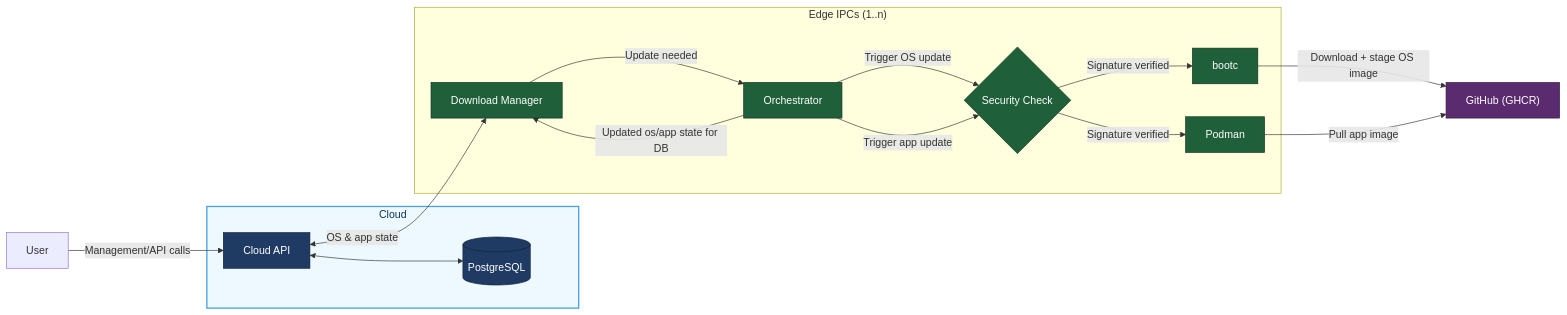
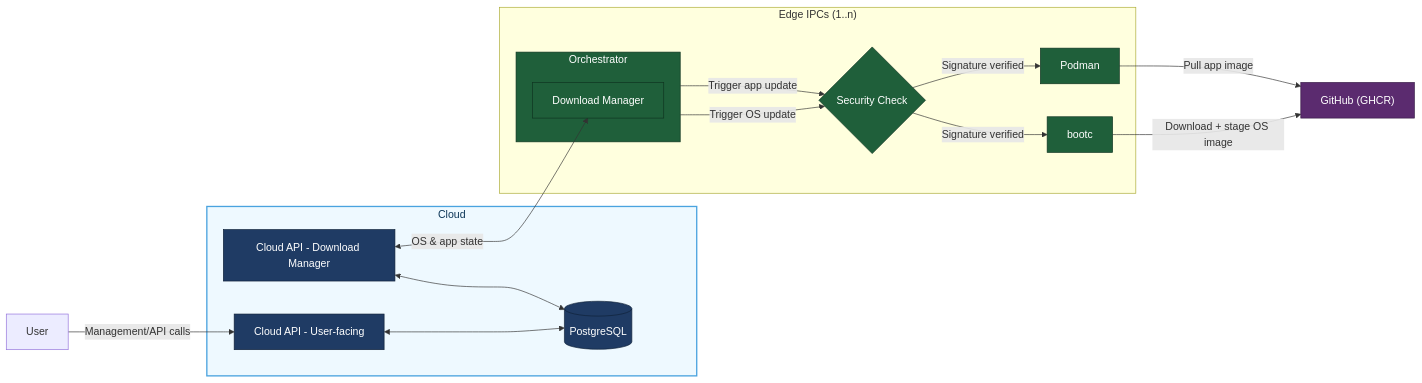
The diagram in Documentation/architecture.md (amosproj/amos2026ss01-zero-downtime-linux-updates), drawn with Mermaid before and after one commit. The commit also changed other lines of this file and 4 other files, not shown here.

````diff
--- a/Documentation/architecture.md
+++ b/Documentation/architecture.md
@@ -15,50 +15,51 @@
 ```mermaid
 flowchart LR
     %% Actors
     User[User]
 
     %% Cloud side
     subgraph Cloud[Cloud]
-        API[Cloud API]
+        API[Cloud API - User-facing]
+        DMAPI[Cloud API - Download Manager]
         DB[(PostgreSQL)]
         API <--> DB
+        DMAPI <--> DB
     end
 
     %% Edge side
     subgraph Edge["Edge IPCs (1..n)"]
-        Orchestrator[Orchestrator]
-        DM[Download Manager]
+        subgraph Orchestrator[Orchestrator]
+            DM[Download Manager]
+        end
         SEC{Security Check}
         BOOTC[bootc]
         PODMAN[Podman]
 
-        Orchestrator -->|Updated os/app state for DB| DM
         Orchestrator -->|Trigger OS update| SEC
         Orchestrator -->|Trigger app update| SEC
         SEC -->|Signature verified| BOOTC
         SEC -->|Signature verified| PODMAN
     end
 
     %% External source
     Product["GitHub (GHCR)"]
 
     %% Interactions
     User -->|Management/API calls| API
 
     
     
-    API <-->|OS & app state| DM
-    DM -->|Update needed| Orchestrator
+    DMAPI <-->|OS & app state| DM
     BOOTC -->|Download + stage OS image| Product
     PODMAN -->|Pull app image| Product
 
     classDef cloud fill:#1f3b64,color:#fff,stroke:#0f2038,stroke-width:1px;
     classDef edge fill:#1f5f3a,color:#fff,stroke:#0f3320,stroke-width:1px;
     classDef ext fill:#5b2b6f,color:#fff,stroke:#361944,stroke-width:1px;
 
-    class API,DB cloud;
+    class API,DMAPI,DB cloud;
     class Orchestrator,DM,BOOTC,PODMAN,SEC edge;
     class Product ext;
     style Cloud fill:#eef9ff,stroke:#4aa3df,stroke-width:2px,color:#0b3557
 
 ```
````
